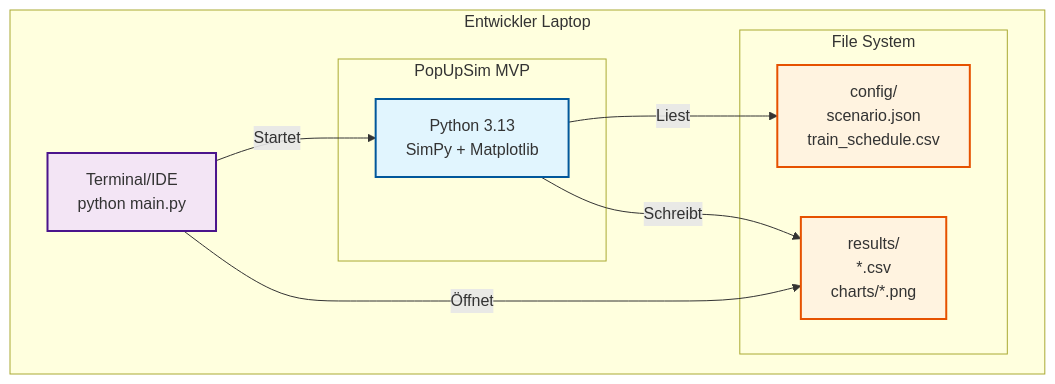
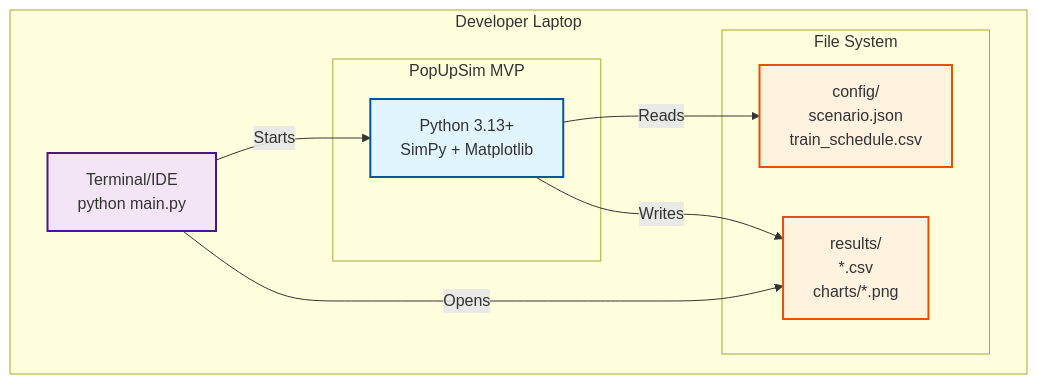
The third of 3 diagrams in docs/mvp/development/01-mvp-overview.md (OpenRailAssociation/dac-migration-dss-popupsim), drawn with Mermaid before and after one commit. The commit also changed other lines of this file and 22 other files, not shown here.

````diff
--- a/docs/mvp/development/01-mvp-overview.md
+++ b/docs/mvp/development/01-mvp-overview.md
@@ -130,28 +139,28 @@
 ```mermaid
 graph TB
-    subgraph "Entwickler Laptop"
+    subgraph "Developer Laptop"
         subgraph "PopUpSim MVP"
-            Python[Python 3.13<br/>SimPy + Matplotlib]
+            Python[Python 3.13+<br/>SimPy + Matplotlib]
         end
 
         subgraph "File System"
             Input[config/<br/>scenario.json<br/>train_schedule.csv]
             Output[results/<br/>*.csv<br/>charts/*.png]
         end
 
         CLI[Terminal/IDE<br/>python main.py]
     end
 
-    CLI -->|Startet| Python
-    Python -->|Liest| Input
-    Python -->|Schreibt| Output
-    CLI -->|Öffnet| Output
+    CLI -->|Starts| Python
+    Python -->|Reads| Input
+    Python -->|Writes| Output
+    CLI -->|Opens| Output
 
     classDef process fill:#e1f5fe,stroke:#01579b,stroke-width:2px
     classDef files fill:#fff3e0,stroke:#e65100,stroke-width:2px
     classDef user fill:#f3e5f5,stroke:#4a148c,stroke-width:2px
 
     class Python process
     class Input,Output files
     class CLI user
 ```
````
